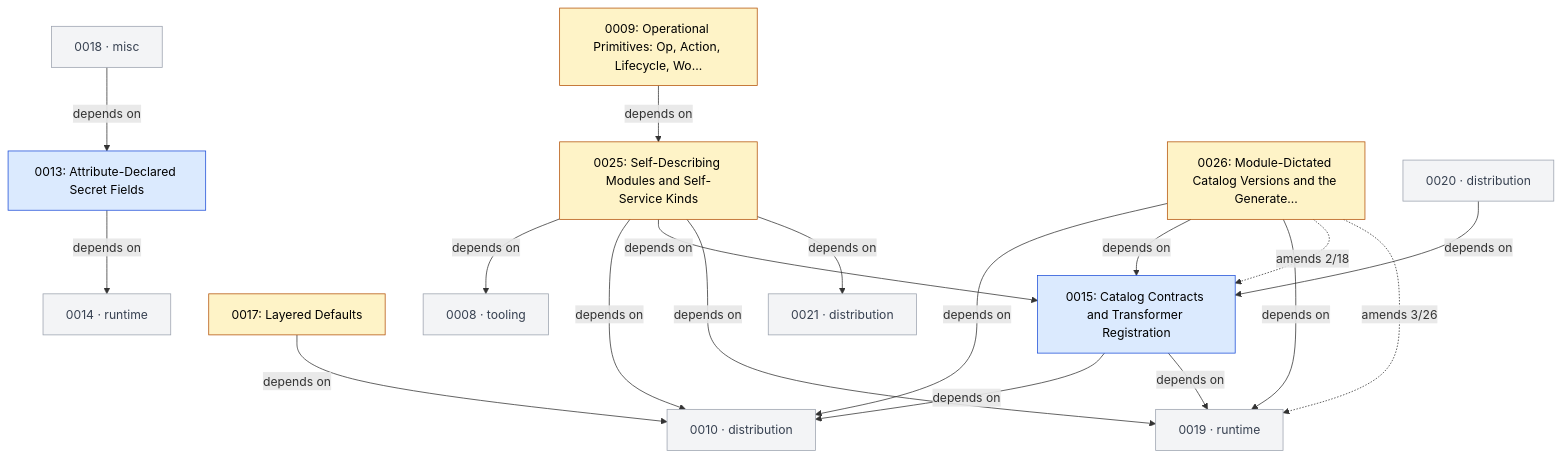
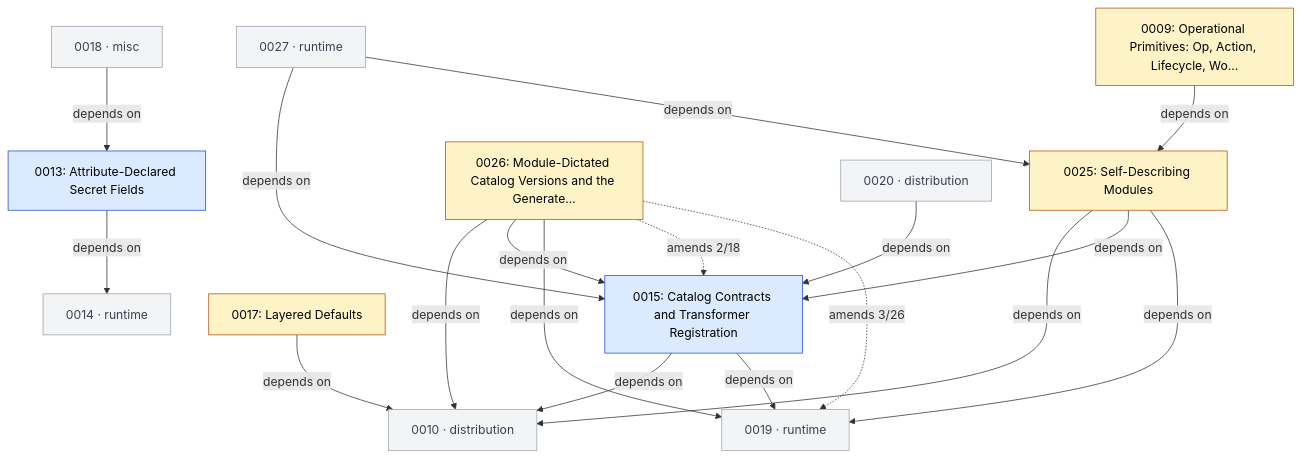
Before and after one commit to open-platform-model/enhancements: the second of 7 diagrams in GRAPH.md, drawn with Mermaid. The commit also changed other lines of this file and 29 other files, not shown here.

````diff
--- a/GRAPH.md
+++ b/GRAPH.md
@@ -47,43 +49,42 @@
 ```mermaid
 graph TD
   classDef draft       fill:#fef3c7,stroke:#b45309,color:#000
   classDef accepted    fill:#dbeafe,stroke:#1d4ed8,color:#000
   classDef rejected    fill:#fee2e2,stroke:#b91c1c,color:#7f1d1d,stroke-dasharray:4 2
   classDef superseded  fill:#e5e7eb,stroke:#6b7280,color:#6b7280
   classDef delivered   fill:#dcfce7,stroke:#15803d,color:#14532d
   classDef legacy      fill:#fafafa,stroke:#9ca3af,color:#6b7280,stroke-dasharray:3 3
   classDef stub        fill:#f3f4f6,stroke:#9ca3af,color:#374151
   classDef category    fill:#ede9fe,stroke:#6d28d9,color:#000
 
   N0009["0009: Operational Primitives: Op, Action, Lifecycle, Wo…"]:::draft
   N0013["0013: Attribute-Declared Secret Fields"]:::accepted
   N0015["0015: Catalog Contracts and Transformer Registration"]:::accepted
   N0017["0017: Layered Defaults"]:::draft
-  N0025["0025: Self-Describing Modules and Self-Service Kinds"]:::draft
+  N0025["0025: Self-Describing Modules"]:::draft
   N0026["0026: Module-Dictated Catalog Versions and the Generate…"]:::draft
-  N0008["0008 · tooling"]:::stub
   N0010["0010 · distribution"]:::stub
   N0014["0014 · runtime"]:::stub
   N0018["0018 · misc"]:::stub
   N0019["0019 · runtime"]:::stub
   N0020["0020 · distribution"]:::stub
-  N0021["0021 · distribution"]:::stub
+  N0027["0027 · runtime"]:::stub
 
   N0009 -->|depends on| N0025
   N0013 -->|depends on| N0014
   N0015 -->|depends on| N0010
   N0015 -->|depends on| N0019
   N0017 -->|depends on| N0010
   N0018 -->|depends on| N0013
   N0020 -->|depends on| N0015
-  N0025 -->|depends on| N0008
   N0025 -->|depends on| N0010
   N0025 -->|depends on| N0015
   N0025 -->|depends on| N0019
-  N0025 -->|depends on| N0021
   N0026 -->|depends on| N0010
   N0026 -->|depends on| N0015
   N0026 -->|depends on| N0019
+  N0027 -->|depends on| N0015
+  N0027 -->|depends on| N0025
   N0026 -.->|amends 2/18| N0015
   N0026 -.->|amends 3/26| N0019
 ```
````
